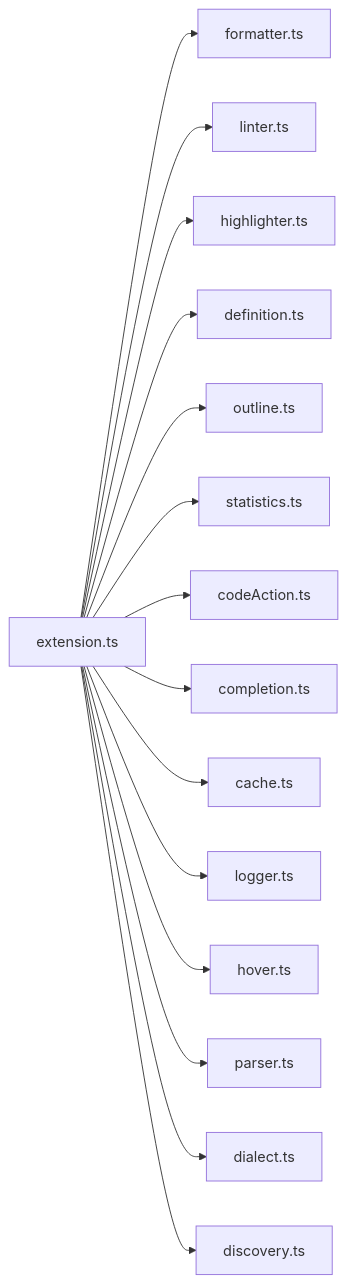
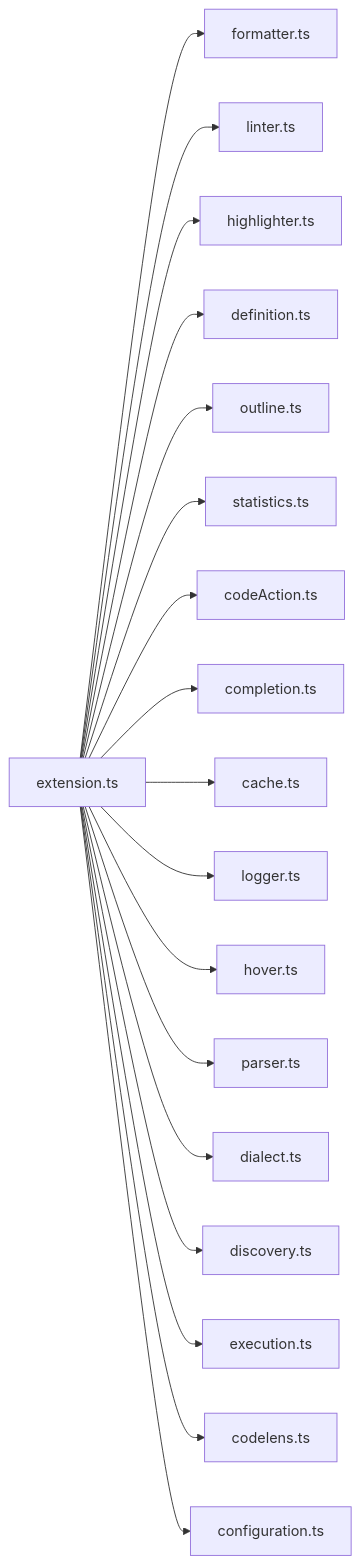
The first of 3 diagrams in docs/ARCHITECTURE.md (carlos-camara/vscode-gherkin-powertools), drawn with Mermaid before and after one commit. The commit also changed other lines of this file and 14 other files, not shown here.

````diff
--- a/docs/ARCHITECTURE.md
+++ b/docs/ARCHITECTURE.md
@@ -13,17 +13,20 @@
 ```mermaid
 graph LR
     A[extension.ts] --> B[formatter.ts]
     A --> C[linter.ts]
     A --> D[highlighter.ts]
     A --> E[definition.ts]
     A --> F[outline.ts]
     A --> G[statistics.ts]
     A --> H[codeAction.ts]
     A --> I[completion.ts]
     A --> J[cache.ts]
     A --> K[logger.ts]
     A --> L[hover.ts]
     A --> M[parser.ts]
     A --> N[dialect.ts]
     A --> O[discovery.ts]
+    A --> P[execution.ts]
+    A --> Q[codelens.ts]
+    A --> R[configuration.ts]
 ```
````
